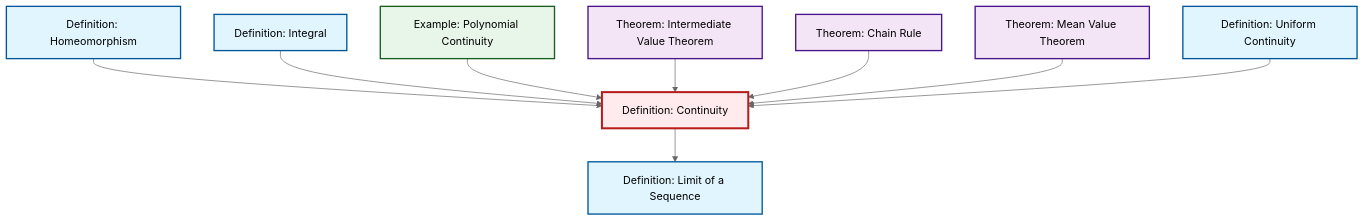
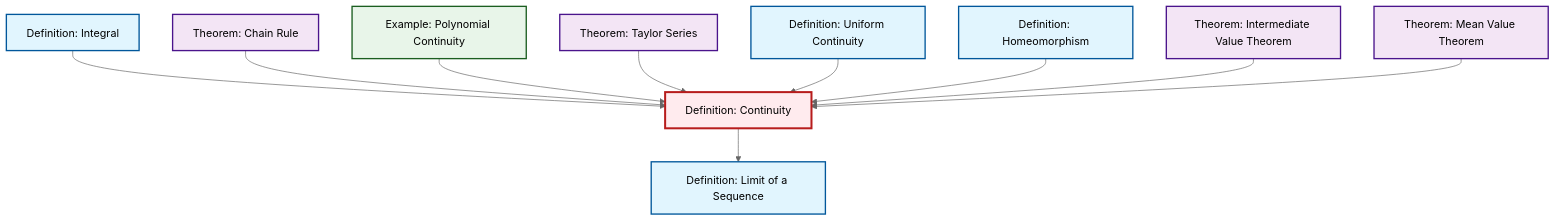
The diagram in content/ja/analysis/def-continuity.qmd (RK0429/ModernMath), drawn with Mermaid (neutral theme) before and after one commit. The commit also changed 497 other files, not shown here.

````diff
--- a/content/ja/analysis/def-continuity.qmd
+++ b/content/ja/analysis/def-continuity.qmd
@@ -58,35 +58,38 @@
 ```{mermaid}
 %%| fig-cap: "Local dependency graph"
 graph TD
     classDef definition fill:#e1f5fe,stroke:#01579b,stroke-width:2px
     classDef theorem fill:#f3e5f5,stroke:#4a148c,stroke-width:2px
     classDef axiom fill:#fff3e0,stroke:#e65100,stroke-width:2px
     classDef example fill:#e8f5e9,stroke:#1b5e20,stroke-width:2px
     classDef current fill:#ffebee,stroke:#b71c1c,stroke-width:3px
-    thm-chain-rule["Theorem: Chain Rule"]:::theorem
+    def-uniform-continuity["Definition: Uniform Continuity"]:::definition
+    def-limit["Definition: Limit of a Sequence"]:::definition
     thm-mean-value["Theorem: Mean Value Theorem"]:::theorem
-    ex-polynomial-continuity["Example: Polynomial Continuity"]:::example
-    def-uniform-continuity["Definition: Uniform Continuity"]:::definition
     def-homeomorphism["Definition: Homeomorphism"]:::definition
     thm-intermediate-value["Theorem: Intermediate Value Theorem"]:::theorem
     def-continuity["Definition: Continuity"]:::definition
-    def-limit["Definition: Limit of a Sequence"]:::definition
     def-integral["Definition: Integral"]:::definition
+    thm-chain-rule["Theorem: Chain Rule"]:::theorem
+    ex-polynomial-continuity["Example: Polynomial Continuity"]:::example
+    thm-taylor-series["Theorem: Taylor Series"]:::theorem
+    def-integral --> def-continuity
+    thm-chain-rule --> def-continuity
+    ex-polynomial-continuity --> def-continuity
+    thm-taylor-series --> def-continuity
+    def-uniform-continuity --> def-continuity
+    def-continuity --> def-limit
     def-homeomorphism --> def-continuity
-    def-integral --> def-continuity
-    def-continuity --> def-limit
-    ex-polynomial-continuity --> def-continuity
     thm-intermediate-value --> def-continuity
-    thm-chain-rule --> def-continuity
     thm-mean-value --> def-continuity
-    def-uniform-continuity --> def-continuity
     class def-continuity current
-    click thm-chain-rule "thm-chain-rule.html" "Theorem: Chain Ruleへ"
+    click def-uniform-continuity "def-uniform-continuity.html" "Definition: Uniform Continuityへ"
+    click def-limit "def-limit.html" "Definition: Limit of a Sequenceへ"
     click thm-mean-value "thm-mean-value.html" "Theorem: Mean Value Theoremへ"
-    click ex-polynomial-continuity "ex-polynomial-continuity.html" "Example: Polynomial Continuityへ"
-    click def-uniform-continuity "def-uniform-continuity.html" "Definition: Uniform Continuityへ"
     click def-homeomorphism "def-homeomorphism.html" "Definition: Homeomorphismへ"
     click thm-intermediate-value "thm-intermediate-value.html" "Theorem: Intermediate Value Theoremへ"
-    click def-limit "def-limit.html" "Definition: Limit of a Sequenceへ"
     click def-integral "def-integral.html" "Definition: Integralへ"
+    click thm-chain-rule "thm-chain-rule.html" "Theorem: Chain Ruleへ"
+    click ex-polynomial-continuity "ex-polynomial-continuity.html" "Example: Polynomial Continuityへ"
+    click thm-taylor-series "thm-taylor-series.html" "Theorem: Taylor Seriesへ"
 ```
````
